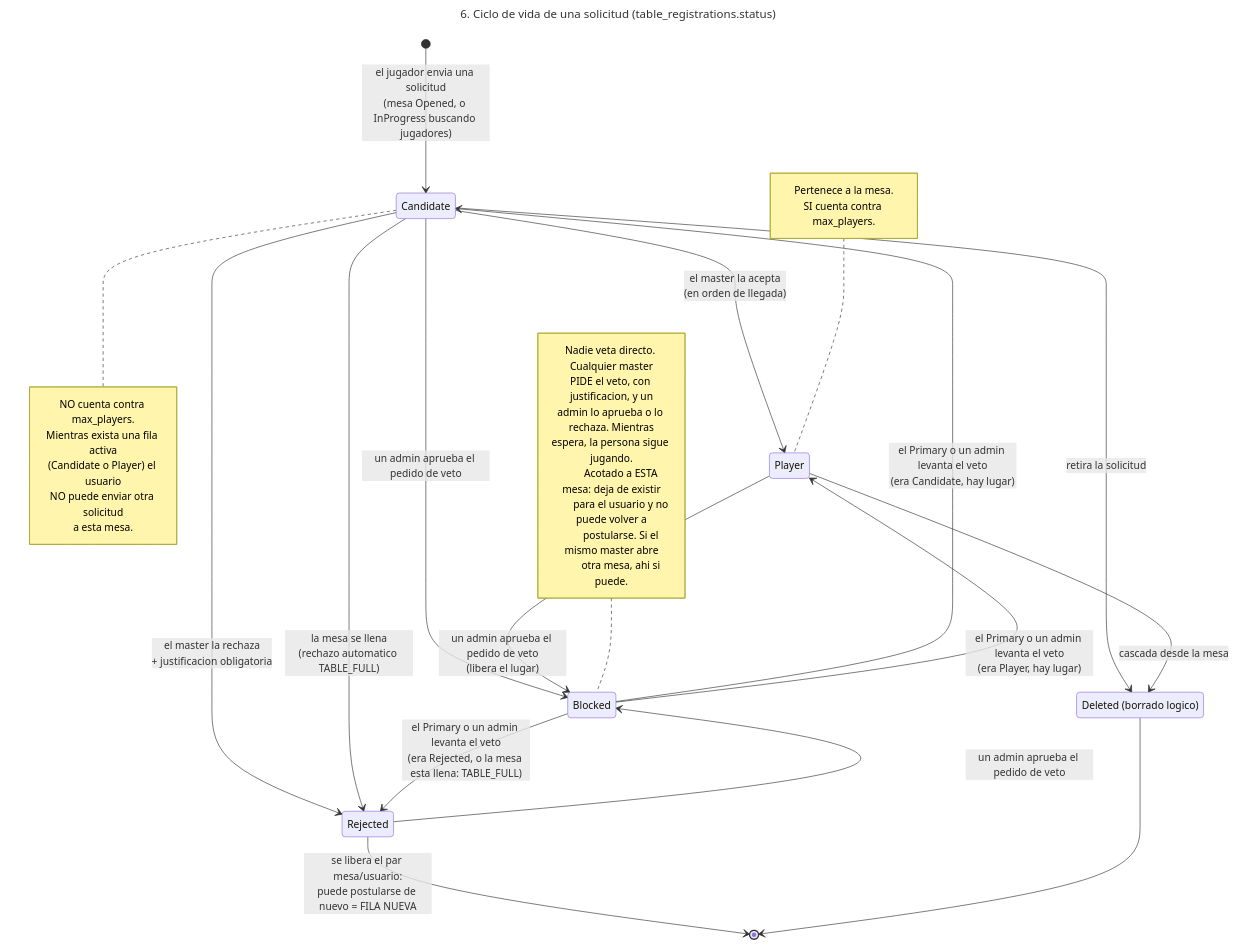
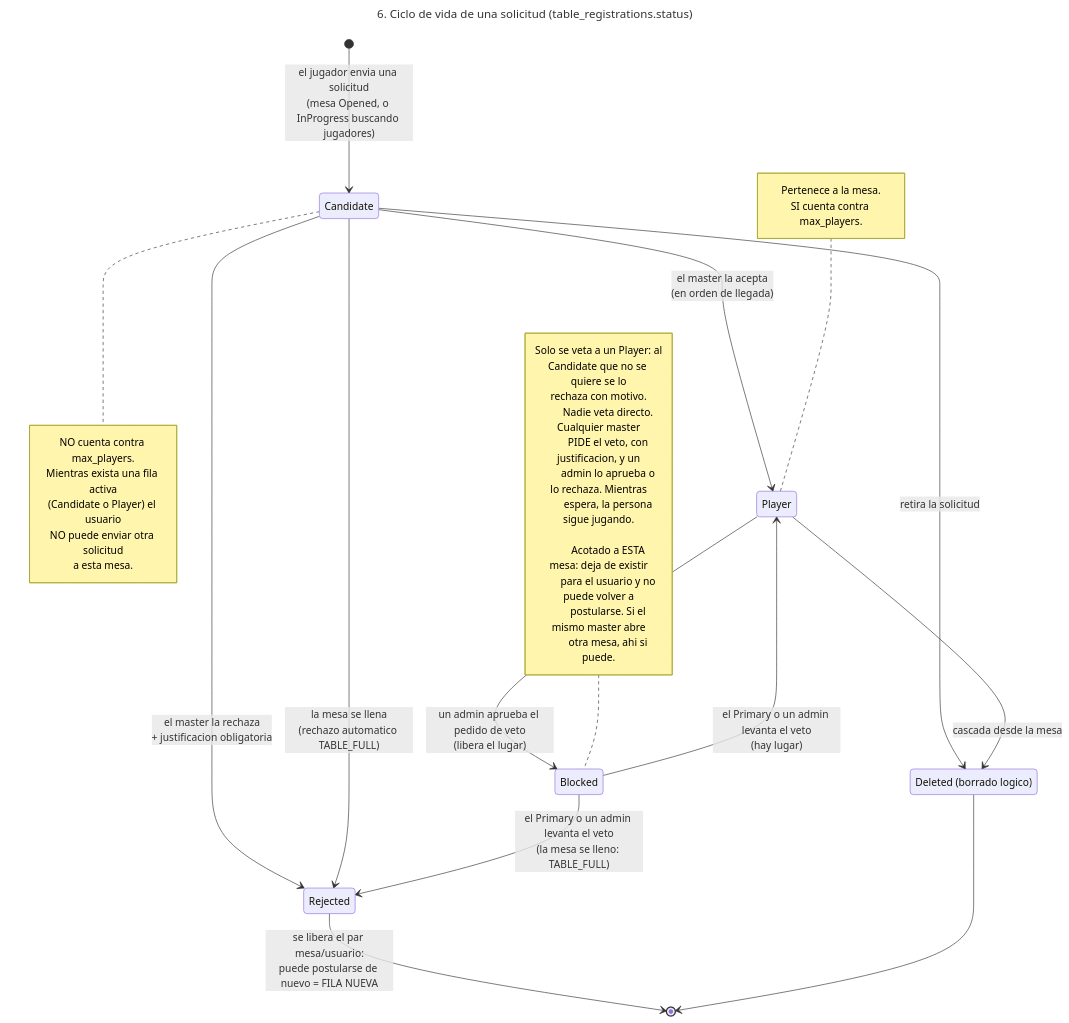
Before and after one commit to d4m14n257/CentralDungeon: the diagram in docs/diagramas/06-ciclo-solicitud.mmd, drawn with Mermaid. The commit also changed 17 other files, not shown here.

```diff
--- a/docs/diagramas/06-ciclo-solicitud.mmd
+++ b/docs/diagramas/06-ciclo-solicitud.mmd
@@ -1,51 +1,52 @@
 ---
 title: 6. Ciclo de vida de una solicitud (table_registrations.status)
 ---
 stateDiagram-v2
     direction TB
 
     [*] --> Candidate : el jugador envia una solicitud<br/>(mesa Opened, o InProgress buscando jugadores)
 
     note right of Candidate
         NO cuenta contra max_players.
         Mientras exista una fila activa
         (Candidate o Player) el usuario
         NO puede enviar otra solicitud
         a esta mesa.
     end note
 
     Candidate --> Player : el master la acepta<br/>(en orden de llegada)
     Candidate --> Rejected : el master la rechaza<br/>+ justificacion obligatoria
     Candidate --> Rejected : la mesa se llena<br/>(rechazo automatico TABLE_FULL)
 
     note left of Player
         Pertenece a la mesa.
         SI cuenta contra max_players.
     end note
 
     Rejected --> [*] : se libera el par mesa/usuario:<br/>puede postularse de nuevo = FILA NUEVA
 
-    Candidate --> Blocked : un admin aprueba el pedido de veto
     Player --> Blocked : un admin aprueba el pedido de veto<br/>(libera el lugar)
-    Rejected --> Blocked : un admin aprueba el pedido de veto
 
-    Blocked --> Candidate : el Primary o un admin levanta el veto<br/>(era Candidate, hay lugar)
-    Blocked --> Player : el Primary o un admin levanta el veto<br/>(era Player, hay lugar)
-    Blocked --> Rejected : el Primary o un admin levanta el veto<br/>(era Rejected, o la mesa esta llena: TABLE_FULL)
+    Blocked --> Player : el Primary o un admin levanta el veto<br/>(hay lugar)
+    Blocked --> Rejected : el Primary o un admin levanta el veto<br/>(la mesa se lleno: TABLE_FULL)
 
     note left of Blocked
+        Solo se veta a un Player: al
+        Candidate que no se quiere se lo
+        rechaza con motivo.
+
         Nadie veta directo. Cualquier master
         PIDE el veto, con justificacion, y un
         admin lo aprueba o lo rechaza. Mientras
         espera, la persona sigue jugando.
 
         Acotado a ESTA mesa: deja de existir
         para el usuario y no puede volver a
         postularse. Si el mismo master abre
         otra mesa, ahi si puede.
     end note
 
     state "Deleted (borrado logico)" as Deleted
     Candidate --> Deleted : retira la solicitud
     Player --> Deleted : cascada desde la mesa
     Deleted --> [*]
```
